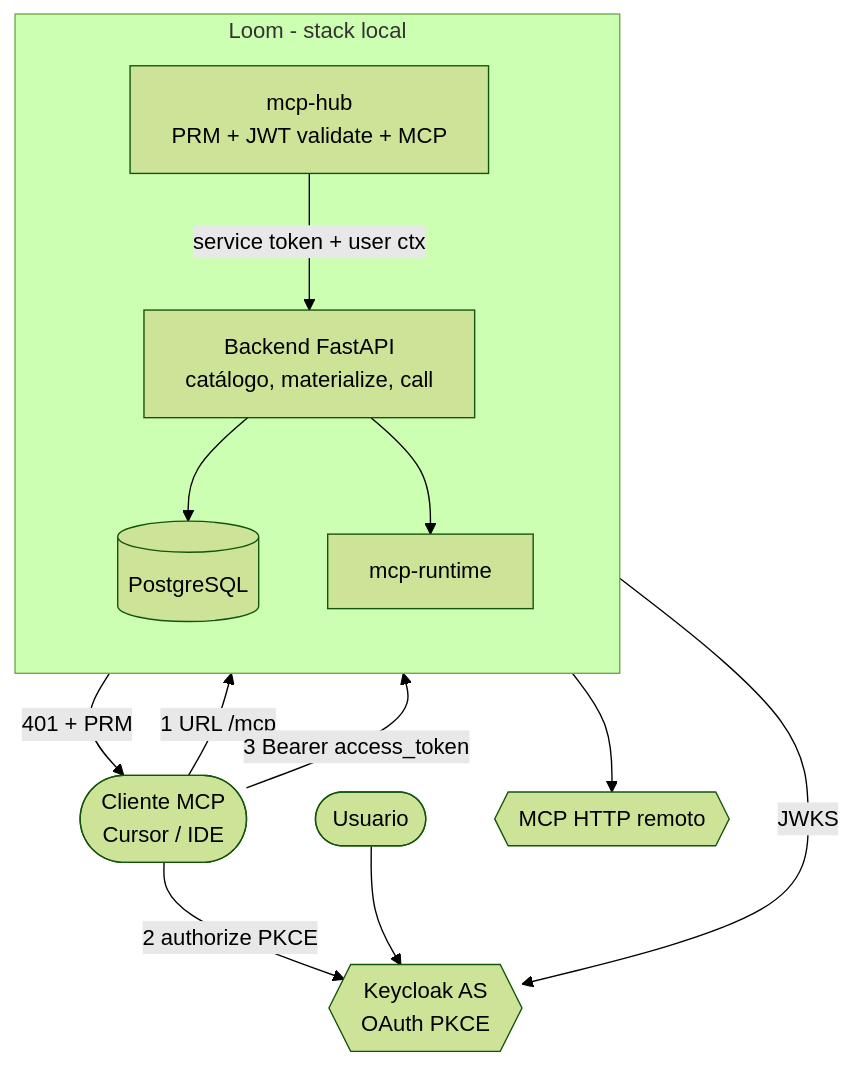
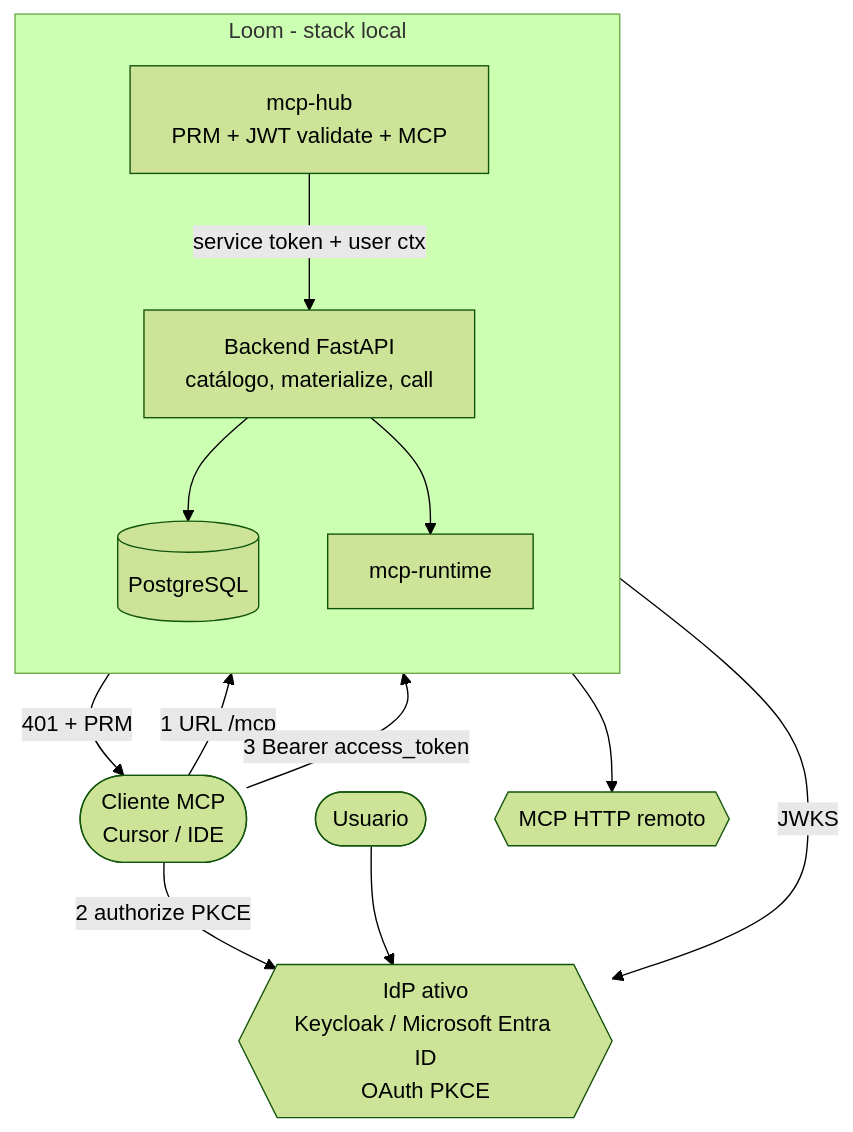
The diagram in docs/adr/0007-mcp-hub.md (awslabs/loom), drawn with Mermaid (forest theme) before and after one commit. The commit also changed other lines of this file and 12 other files, not shown here.

````diff
--- a/docs/adr/0007-mcp-hub.md
+++ b/docs/adr/0007-mcp-hub.md
@@ -85,27 +86,27 @@
 ```mermaid
 flowchart TB
   user(["Usuario"])
   ide(["Cliente MCP<br/>Cursor / IDE"])
 
   subgraph loom["Loom - stack local"]
     direction TB
     be["Backend FastAPI<br/>catálogo, materialize, call"]
     db[("PostgreSQL")]
     hub["mcp-hub<br/>PRM + JWT validate + MCP"]
     mr["mcp-runtime"]
   end
 
-  idp{{"Keycloak AS<br/>OAuth PKCE"}}
+  idp{{"IdP ativo<br/>Keycloak / Microsoft Entra ID<br/>OAuth PKCE"}}
   remote{{"MCP HTTP remoto"}}
 
   ide -->|"1 URL /mcp"| hub
   hub -->|"401 + PRM"| ide
   ide -->|"2 authorize PKCE"| idp
   user --> idp
   ide -->|"3 Bearer access_token"| hub
   hub -->|"JWKS"| idp
   hub -->|"service token + user ctx"| be
   be --> db
   be --> mr
   be --> remote
 ```
````
